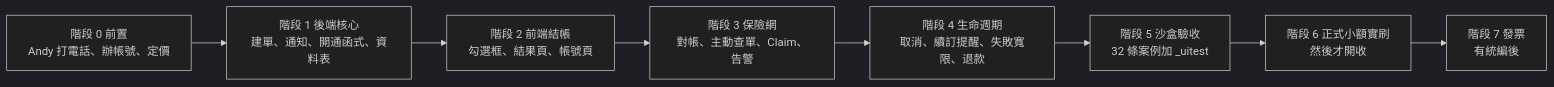
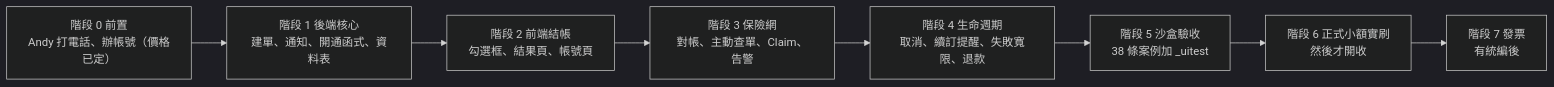
The ninth of 9 diagrams in docs/payments/checkout_subscription_spec.md (MiaoZiKe/tw-rotation), drawn with Mermaid (dark theme) before and after one commit. The commit also changed other lines of this file and 1 other file, not shown here.

````diff
--- a/docs/payments/checkout_subscription_spec.md
+++ b/docs/payments/checkout_subscription_spec.md
@@ -595,10 +668,10 @@
 ```mermaid
 flowchart LR
-  S0["階段 0 前置<br/>Andy 打電話、辦帳號、定價"] --> S1["階段 1 後端核心<br/>建單、通知、開通函式、資料表"]
+  S0["階段 0 前置<br/>Andy 打電話、辦帳號（價格已定）"] --> S1["階段 1 後端核心<br/>建單、通知、開通函式、資料表"]
   S1 --> S2["階段 2 前端結帳<br/>勾選框、結果頁、帳號頁"]
   S2 --> S3["階段 3 保險網<br/>對帳、主動查單、Claim、告警"]
   S3 --> S4["階段 4 生命週期<br/>取消、續訂提醒、失敗寬限、退款"]
-  S4 --> S5["階段 5 沙盒驗收<br/>32 條案例加 _uitest"]
+  S4 --> S5["階段 5 沙盒驗收<br/>38 條案例加 _uitest"]
   S5 --> S6["階段 6 正式小額實刷<br/>然後才開收"]
   S6 --> S7["階段 7 發票<br/>有統編後"]
 ```
````
